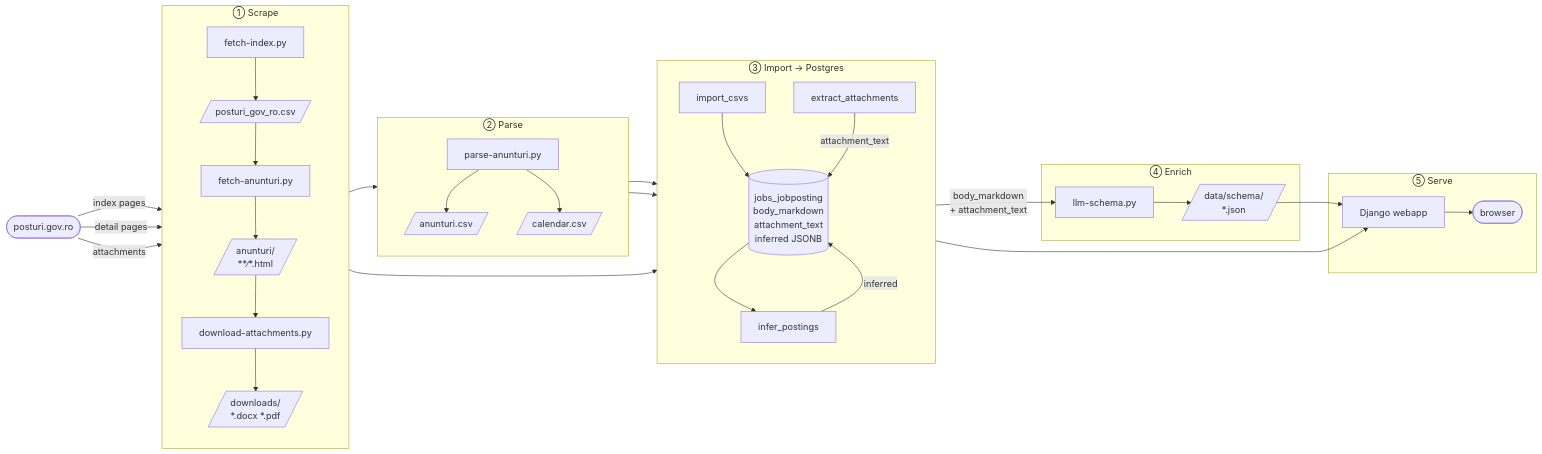
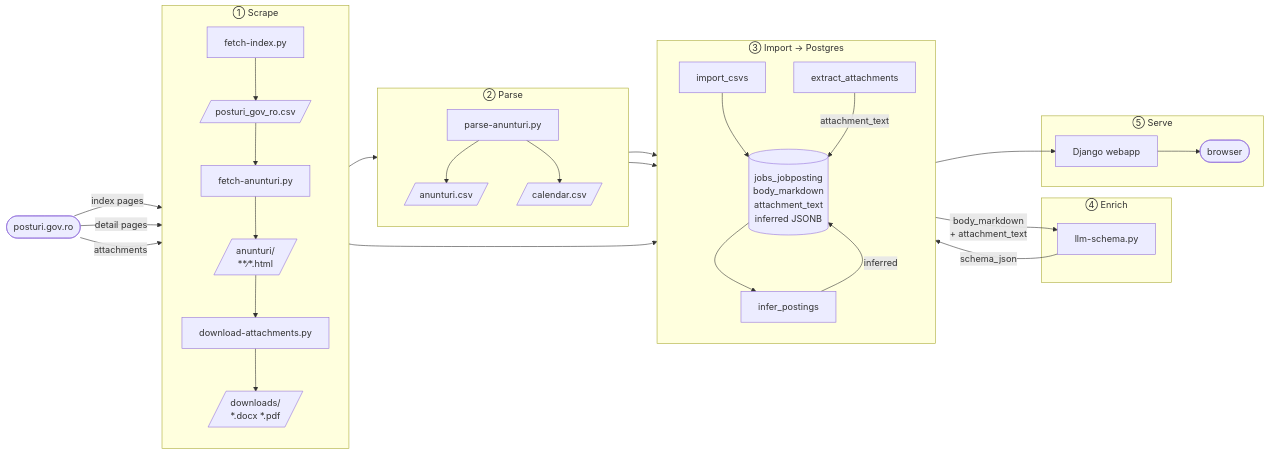
Before and after one commit to gov2-ro/posturi.gov.ro: the diagram in README.md, drawn with Mermaid. The commit also changed other lines of this file, not shown here.

Commit message:
docs(readme): fix stale Mermaid diagram and step flag descriptions for schema step

````diff
--- a/README.md
+++ b/README.md
@@ -9,61 +9,59 @@
 ```mermaid
 flowchart LR
     web(["posturi.gov.ro"])
 
     subgraph scrape["① Scrape"]
         direction TB
         fetchIdx["fetch-index.py"]
         indexCSV[/"posturi_gov_ro.csv"/]
         fetchDetail["fetch-anunturi.py"]
         htmlCache[/"anunturi/\n**∕*.html"/]
         download["download-attachments.py"]
         dlFiles[/"downloads/\n*.docx *.pdf"/]
 
         fetchIdx --> indexCSV --> fetchDetail --> htmlCache
         htmlCache --> download --> dlFiles
     end
 
     subgraph parse["② Parse"]
         direction TB
         parseScript["parse-anunturi.py"]
         anunturiCSV[/"anunturi.csv"/]
         calendarCSV[/"calendar.csv"/]
         parseScript --> anunturiCSV & calendarCSV
     end
 
     subgraph db_layer["③ Import → Postgres"]
         direction TB
         importCSVs["import_csvs"]
         extractCmd["extract_attachments"]
         inferCmd["infer_postings"]
         pg[("jobs_jobposting\nbody_markdown\nattachment_text\ninferred JSONB")]
 
         importCSVs --> pg
         extractCmd -->|"attachment_text"| pg
         pg --> inferCmd -->|"inferred"| pg
     end
 
     subgraph enrich["④ Enrich"]
         llmSchema["llm-schema.py"]
-        schemaJSON[/"data/schema/\n*.json"/]
-        llmSchema --> schemaJSON
     end
 
     subgraph serve["⑤ Serve"]
         webapp["Django webapp"]
         browser(["browser"])
         webapp --> browser
     end
 
     web -->|"index pages"| fetchIdx
     web -->|"detail pages"| fetchDetail
     web -->|"attachments"| download
 
     htmlCache --> parseScript
     anunturiCSV & calendarCSV --> importCSVs
     dlFiles --> extractCmd
 
     pg -->|"body_markdown\n+ attachment_text"| llmSchema
+    llmSchema -->|"schema_json"| pg
     pg --> webapp
-    schemaJSON --> webapp
 ```
````
